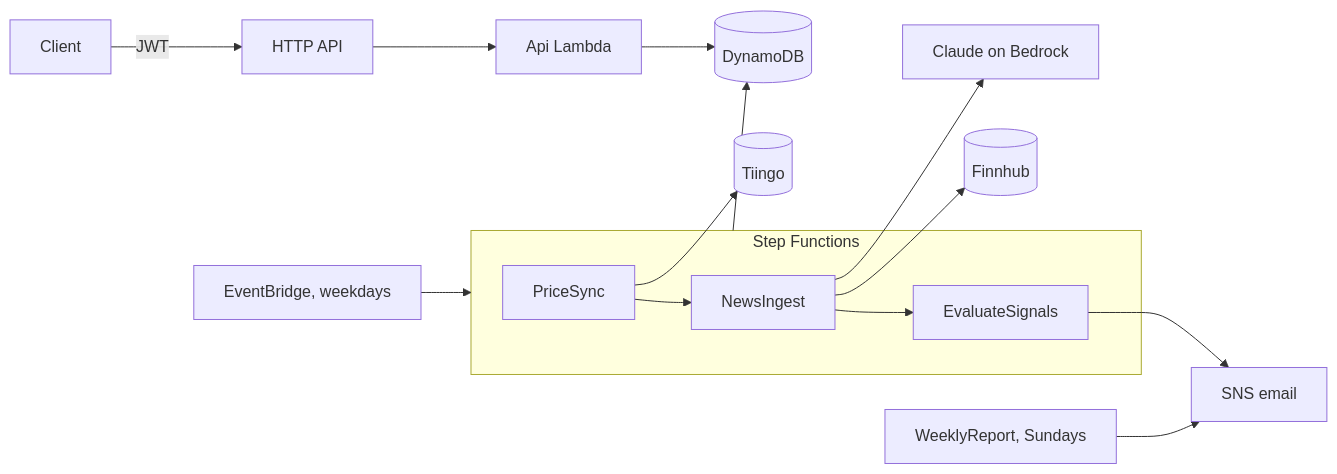
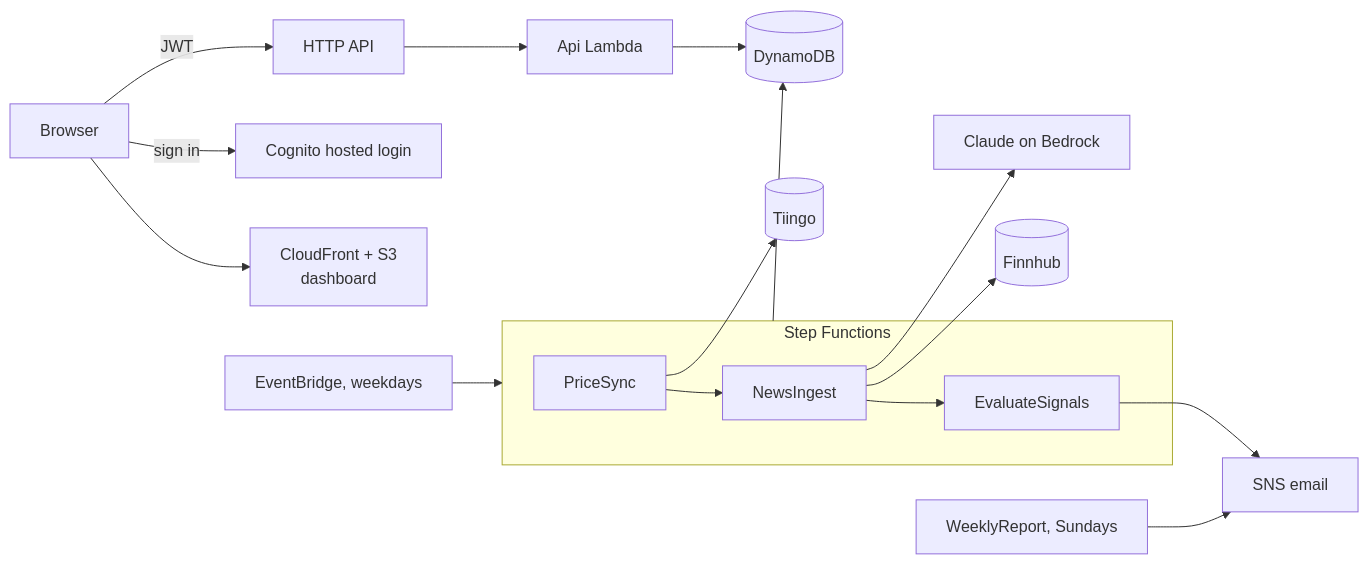
One commit to vinblue1977/Stocks changed the diagram in README.md. Above: the diagram before and after it, drawn with Mermaid. The commit also changed other lines of this file and 16 other files, not shown here.

First line of the commit message:
Add the web dashboard (CloudFront + S3) with Cognito hosted login

````diff
--- a/README.md
+++ b/README.md
@@ -9,12 +9,14 @@
 ```mermaid
 flowchart LR
-    C[Client] -->|JWT| API[HTTP API] --> FN[Api Lambda] --> DB[(DynamoDB)]
+    U[Browser] --> CF[CloudFront + S3<br/>dashboard] 
+    U -->|sign in| COG[Cognito hosted login]
+    U -->|JWT| API[HTTP API] --> FN[Api Lambda] --> DB[(DynamoDB)]
     EB[EventBridge, weekdays] --> SF
     subgraph SF[Step Functions]
         P[PriceSync] --> N[NewsIngest] --> E[EvaluateSignals]
     end
     P --> T[(Tiingo)]
     N --> F[(Finnhub)] & B[Claude on Bedrock]
     SF --> DB
     E & W[WeeklyReport, Sundays] --> S[SNS email]
 ```
````
